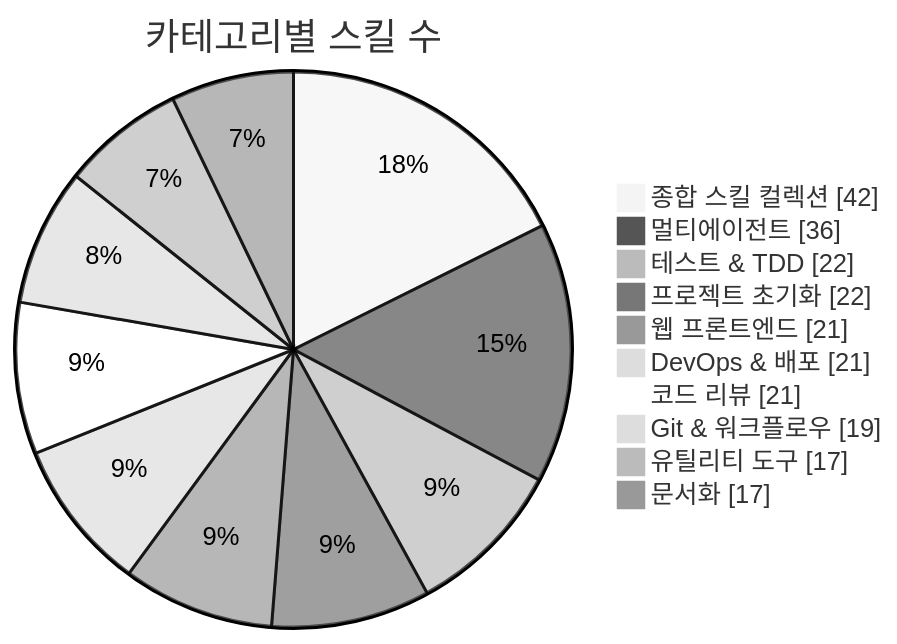
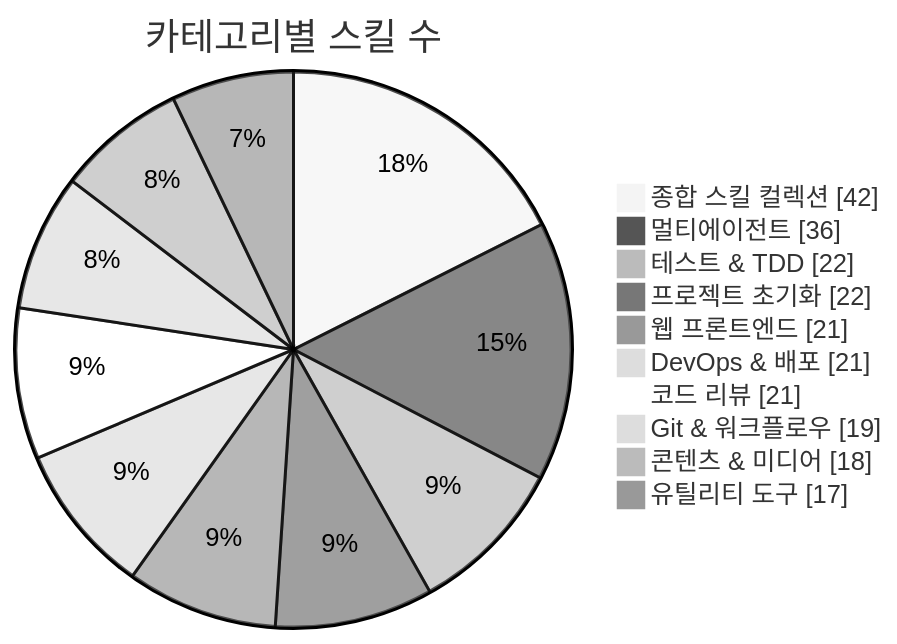
One commit to J-nowcow/awesome-korean-agent-skills changed the first of 3 diagrams in README.md. Above: the diagram before and after it, drawn with Mermaid (neutral theme). The commit also changed other lines of this file and 6 other files, not shown here.

````diff
--- a/README.md
+++ b/README.md
@@ -176,14 +176,14 @@
 ```mermaid
 pie showData
     title 카테고리별 스킬 수
     "종합 스킬 컬렉션" : 42
     "멀티에이전트" : 36
     "테스트 & TDD" : 22
     "프로젝트 초기화" : 22
     "웹 프론트엔드" : 21
     "DevOps & 배포" : 21
     "코드 리뷰" : 21
     "Git & 워크플로우" : 19
+    "콘텐츠 & 미디어" : 18
     "유틸리티 도구" : 17
-    "문서화" : 17
 ```
````
